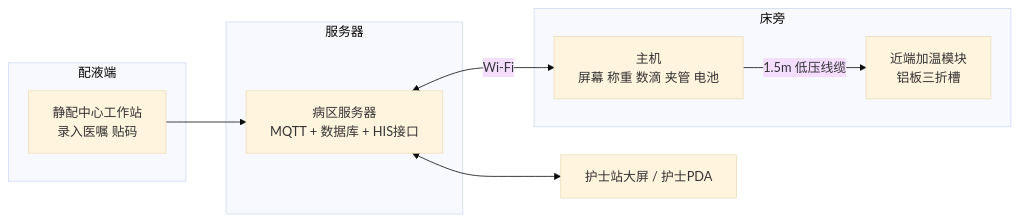
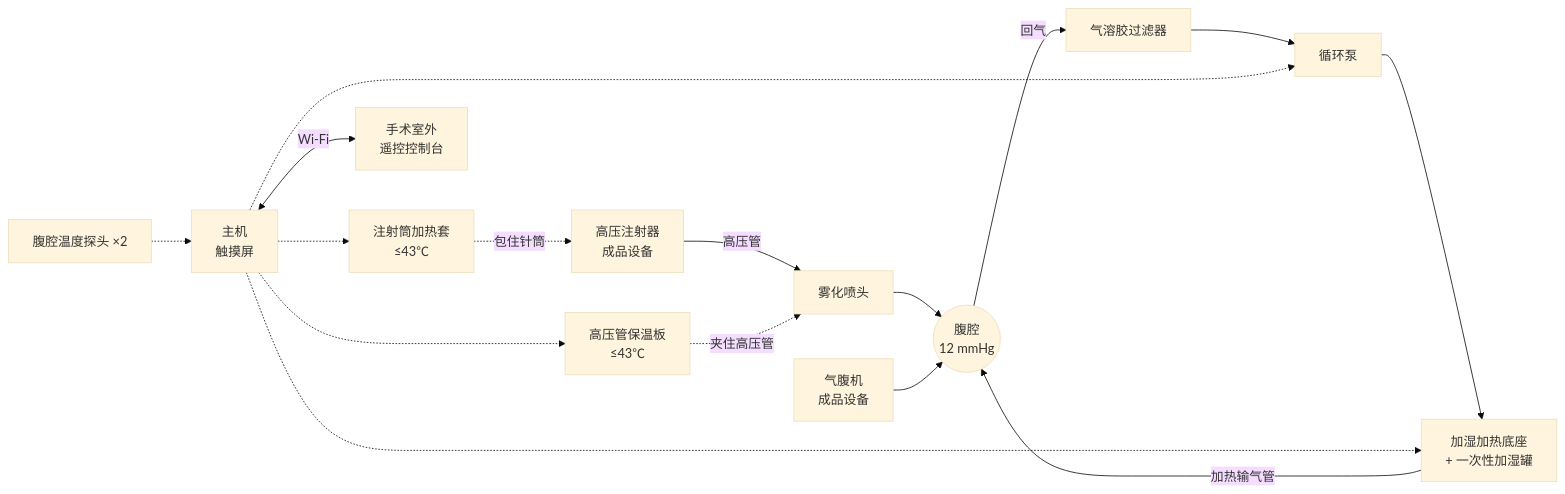
One commit to zyyyyy07/hpipac-heater changed the diagram in 1-design/README.md. Above: the diagram before and after it, drawn with Mermaid (base theme). The commit also changed other lines of this file and 71 other files, not shown here.

````diff
--- a/1-design/README.md
+++ b/1-design/README.md
@@ -49,19 +71,14 @@
 ```mermaid
 flowchart LR
-  subgraph 配液端
-    P[静配中心工作站<br/>录入医嘱 贴码]
-  end
-  subgraph 服务器
-    S[病区服务器<br/>MQTT + 数据库 + HIS接口]
-  end
-  subgraph 床旁
-    M[主机<br/>屏幕 称重 数滴 夹管 电池]
-    H[近端加温模块<br/>铝板三折槽]
-    M -- 1.5m 低压线缆 --> H
-  end
-  W[护士站大屏 / 护士PDA]
-  P --> S
-  S <-- Wi-Fi --> M
-  S <--> W
-
+  INJ[高压注射器<br/>成品设备] -- 高压管 --> NEB[雾化喷头]
+  SYR[注射筒加热套<br/>≤43℃] -. 包住针筒 .-> INJ
+  LINE[高压管保温板<br/>≤43℃] -. 夹住高压管 .-> NEB
+  NEB --> AB((腹腔<br/>12 mmHg))
+  INS[气腹机<br/>成品设备] --> AB
+  AB -- 回气 --> F[气溶胶过滤器] --> PUMP[循环泵]
+  PUMP --> HUM[加湿加热底座<br/>+ 一次性加湿罐]
+  HUM -- 加热输气管 --> AB
+  IP[腹腔温度探头 ×2] -.-> MCU[主机<br/>触摸屏]
+  MCU -.-> SYR & LINE & HUM & PUMP
+  MCU <-- Wi-Fi --> CON[手术室外<br/>遥控控制台]
 ```
````
